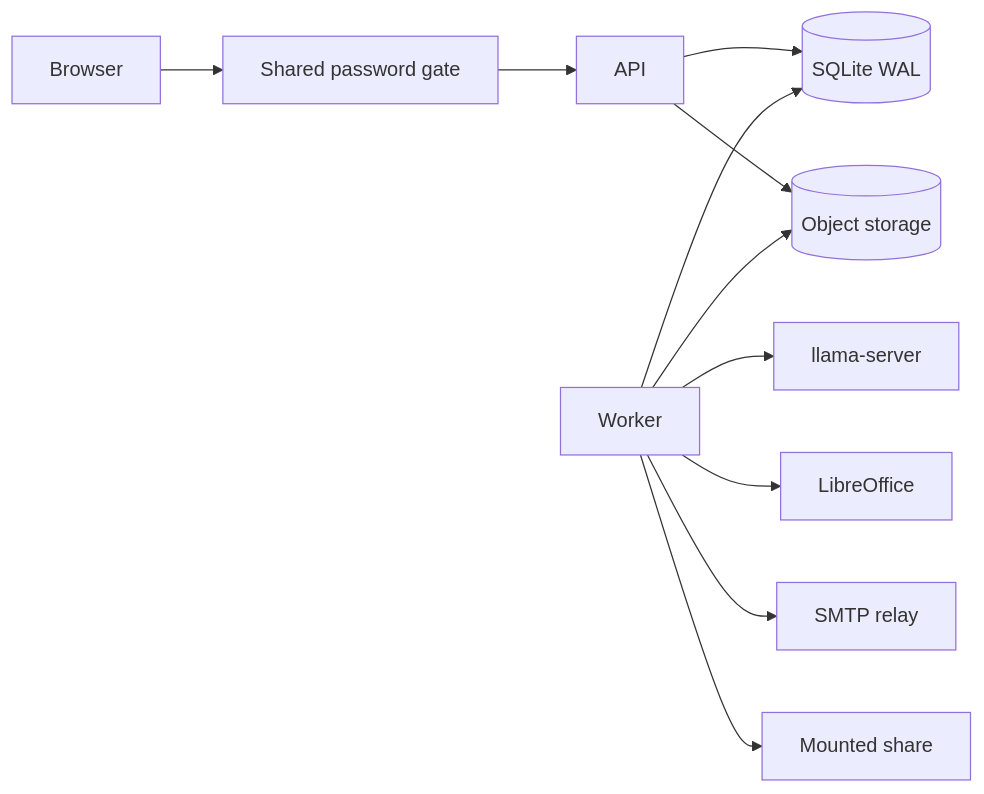
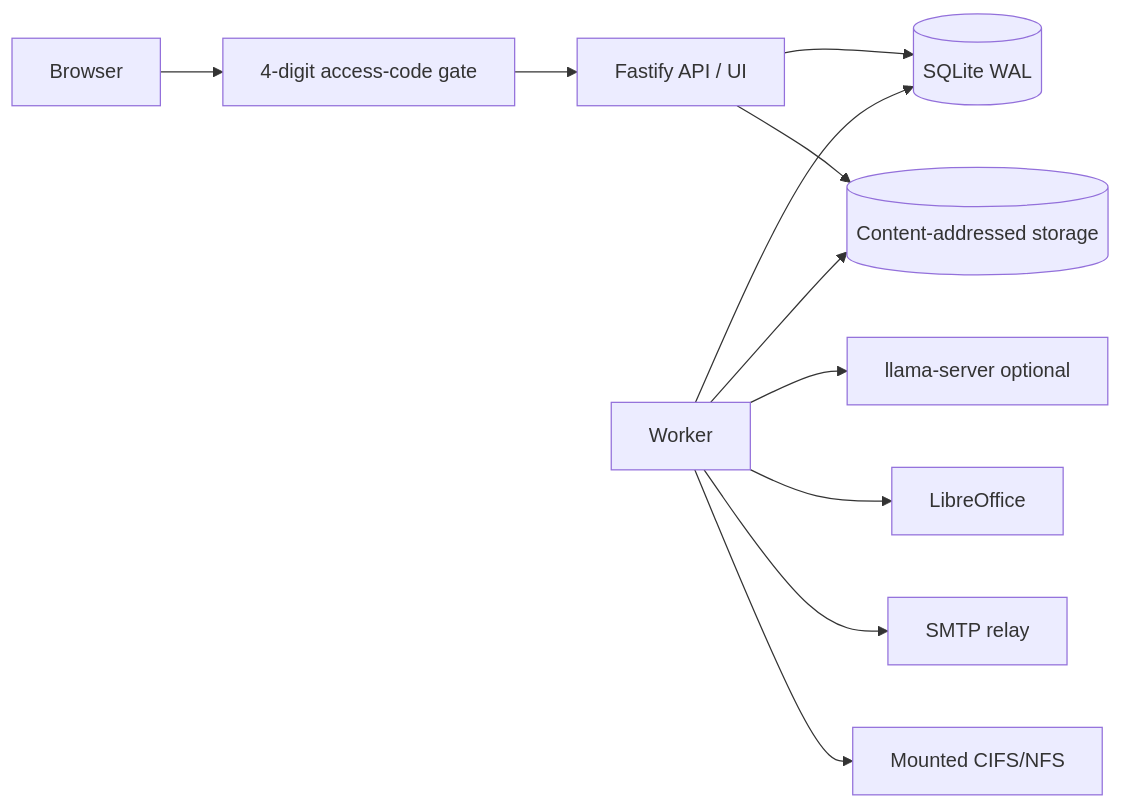
One commit to f2re/docomator changed the diagram in docs/ARCHITECTURE.md. Above: the diagram before and after it, drawn with Mermaid. The commit also changed other lines of this file and 15 other files, not shown here.

First line of the commit message:
docs(test): закрепить единый access-code contract

````diff
--- a/docs/ARCHITECTURE.md
+++ b/docs/ARCHITECTURE.md
@@ -39,13 +17,13 @@
 ```mermaid
 flowchart LR
-    Browser --> Gate[Shared password gate]
-    Gate --> API
-    API --> SQLite[(SQLite WAL)]
-    API --> Objects[(Object storage)]
-    Worker --> SQLite
+    Browser --> Gate[4-digit access-code gate]
+    Gate --> API[Fastify API / UI]
+    API --> DB[(SQLite WAL)]
+    API --> Objects[(Content-addressed storage)]
+    Worker --> DB
     Worker --> Objects
-    Worker --> Llama[llama-server]
+    Worker --> Llama[llama-server optional]
     Worker --> Office[LibreOffice]
     Worker --> SMTP[SMTP relay]
-    Worker --> Share[Mounted share]
+    Worker --> Share[Mounted CIFS/NFS]
 ```
````
